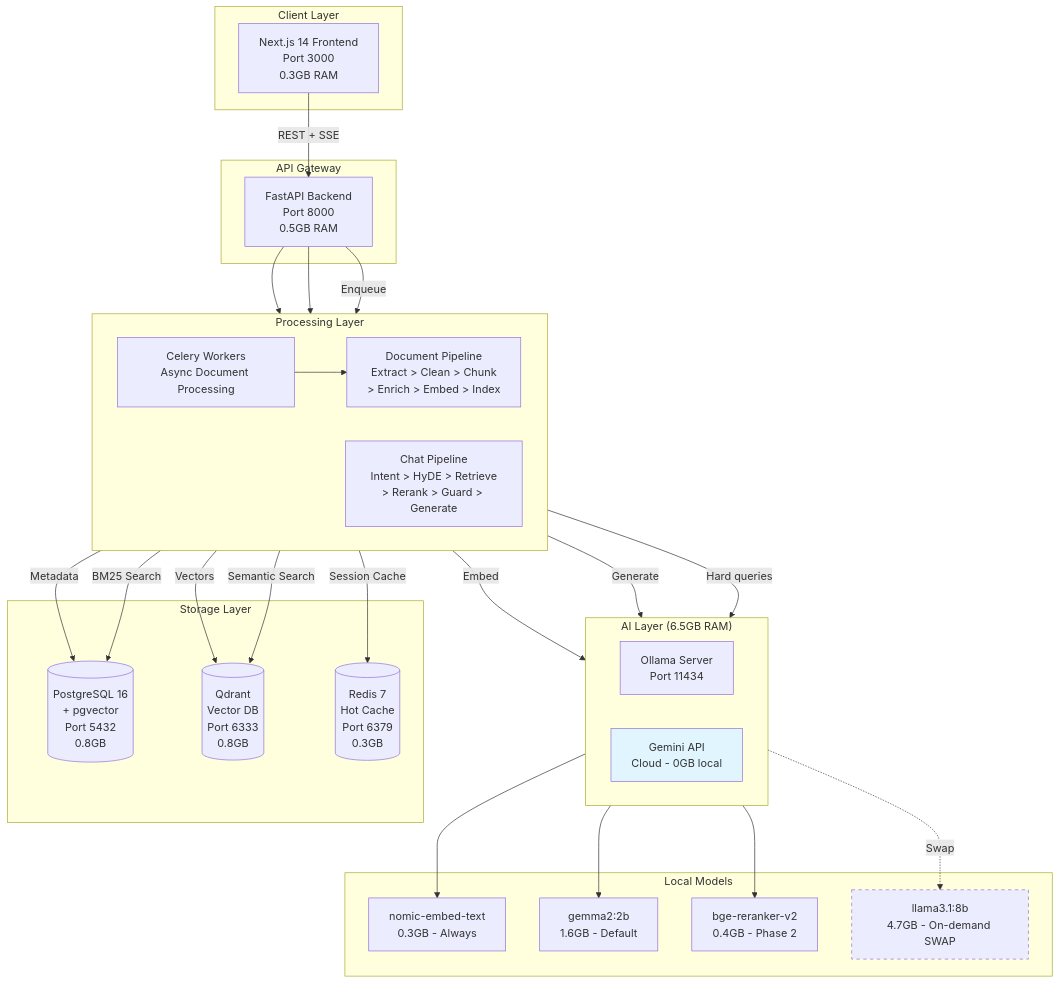
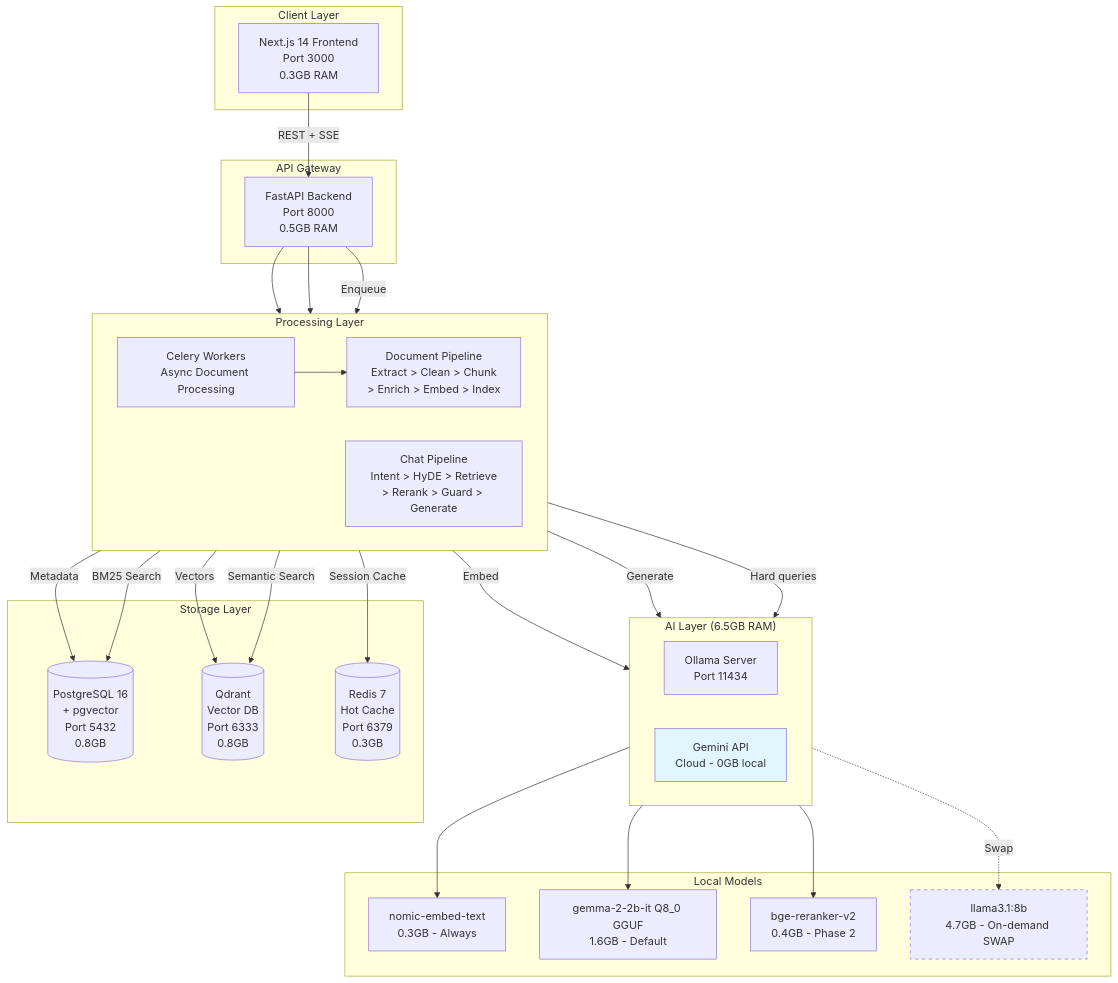
One commit to vominhnhatquang/MultiAgent_RAG changed the first of 3 diagrams in docs/architecture/system-overview.md. Above: the diagram before and after it, drawn with Mermaid. The commit also changed other lines of this file and 3 other files, not shown here.

First line of the commit message:
docs: reconcile architecture docs with deployed system (v1.1)

````diff
--- a/docs/architecture/system-overview.md
+++ b/docs/architecture/system-overview.md
@@ -22,60 +23,60 @@
 ```mermaid
 graph TB
     subgraph CLIENT["Client Layer"]
         UI[Next.js 14 Frontend<br/>Port 3000<br/>0.3GB RAM]
     end
 
     subgraph GATEWAY["API Gateway"]
         API[FastAPI Backend<br/>Port 8000<br/>0.5GB RAM]
     end
 
     subgraph PROCESSING["Processing Layer"]
         direction LR
         DP[Document Pipeline<br/>Extract > Clean > Chunk<br/>> Enrich > Embed > Index]
         CP[Chat Pipeline<br/>Intent > HyDE > Retrieve<br/>> Rerank > Guard > Generate]
         CW[Celery Workers<br/>Async Document Processing]
     end
 
     subgraph AI["AI Layer (6.5GB RAM)"]
         direction LR
         OL[Ollama Server<br/>Port 11434]
         GM[Gemini API<br/>Cloud - 0GB local]
     end
 
     subgraph MODELS["Local Models"]
         NE[nomic-embed-text<br/>0.3GB - Always]
-        G2[gemma2:2b<br/>1.6GB - Default]
+        G2[gemma-2-2b-it Q8_0 GGUF<br/>1.6GB - Default]
         RR[bge-reranker-v2<br/>0.4GB - Phase 2]
         L3[llama3.1:8b<br/>4.7GB - On-demand SWAP]
     end
 
     subgraph STORAGE["Storage Layer"]
         PG[(PostgreSQL 16<br/>+ pgvector<br/>Port 5432<br/>0.8GB)]
         QD[(Qdrant<br/>Vector DB<br/>Port 6333<br/>0.8GB)]
         RD[(Redis 7<br/>Hot Cache<br/>Port 6379<br/>0.3GB)]
     end
 
     UI -->|REST + SSE| API
     API --> DP
     API --> CP
     API -->|Enqueue| CW
     CW --> DP
 
     DP -->|Embed| OL
     CP -->|Generate| OL
     CP -->|Hard queries| GM
 
     OL --> NE
     OL --> G2
     OL --> RR
     OL -.->|Swap| L3
 
     DP -->|Metadata| PG
     DP -->|Vectors| QD
     CP -->|BM25 Search| PG
     CP -->|Semantic Search| QD
     CP -->|Session Cache| RD
 
     style L3 stroke-dasharray: 5 5
     style GM fill:#e1f5fe
 ```
````
